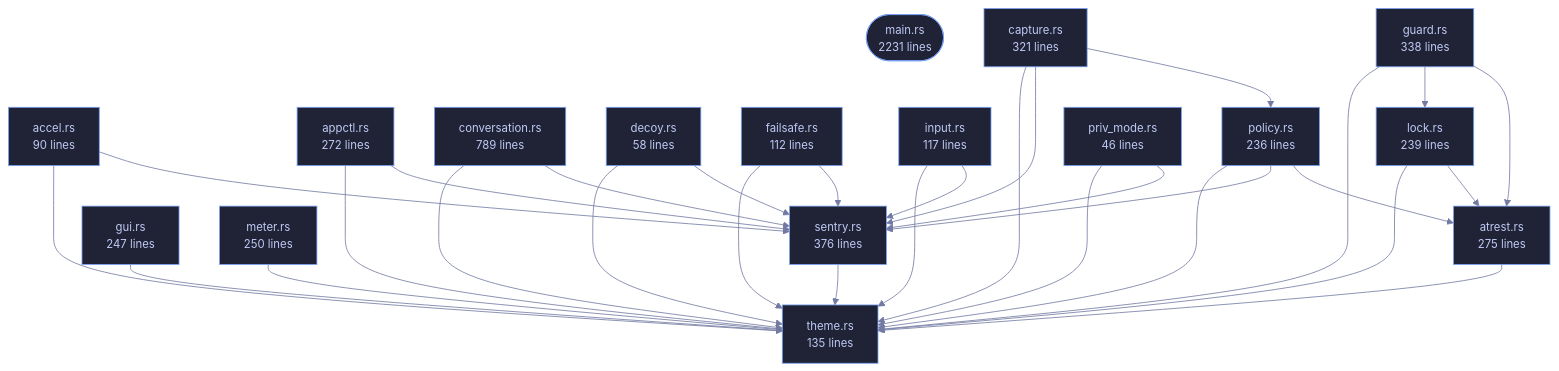
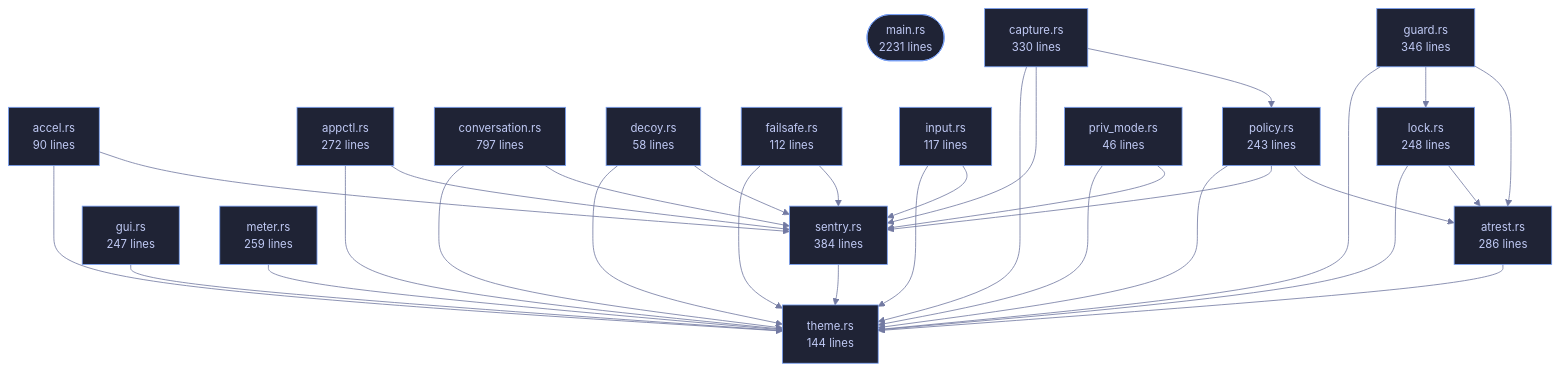
The diagram in crates/veilvoice-cli/README.md (tilas01/veilvoice), drawn with Mermaid before and after one commit. The commit also changed other lines of this file and 487 other files, not shown here.

````diff
--- a/crates/veilvoice-cli/README.md
+++ b/crates/veilvoice-cli/README.md
@@ -110,67 +110,67 @@
 ```mermaid
 %%{init: {"theme":"base","themeVariables":{"background":"#1a1b26","primaryColor":"#1f2335","primaryTextColor":"#c0caf5","primaryBorderColor":"#7aa2f7","secondaryColor":"#16161e","tertiaryColor":"#16161e","lineColor":"#737aa2","textColor":"#c0caf5","mainBkg":"#1f2335","nodeBorder":"#7aa2f7","clusterBkg":"#16161e","clusterBorder":"#2f3549","fontFamily":"ui-monospace, SFMono-Regular, Consolas, monospace","fontSize":"14px"}}}%%
 flowchart TD
     n_main(["main.rs<br/>2231 lines"])
     n_accel["accel.rs<br/>90 lines"]
     n_appctl["appctl.rs<br/>272 lines"]
-    n_atrest["atrest.rs<br/>275 lines"]
-    n_capture["capture.rs<br/>321 lines"]
-    n_conversation["conversation.rs<br/>789 lines"]
+    n_atrest["atrest.rs<br/>286 lines"]
+    n_capture["capture.rs<br/>330 lines"]
+    n_conversation["conversation.rs<br/>797 lines"]
     n_decoy["decoy.rs<br/>58 lines"]
     n_failsafe["failsafe.rs<br/>112 lines"]
-    n_guard["guard.rs<br/>338 lines"]
+    n_guard["guard.rs<br/>346 lines"]
     n_gui["gui.rs<br/>247 lines"]
     n_input["input.rs<br/>117 lines"]
-    n_lock["lock.rs<br/>239 lines"]
-    n_meter["meter.rs<br/>250 lines"]
-    n_policy["policy.rs<br/>236 lines"]
+    n_lock["lock.rs<br/>248 lines"]
+    n_meter["meter.rs<br/>259 lines"]
+    n_policy["policy.rs<br/>243 lines"]
     n_priv_mode["priv_mode.rs<br/>46 lines"]
-    n_sentry["sentry.rs<br/>376 lines"]
-    n_theme["theme.rs<br/>135 lines"]
+    n_sentry["sentry.rs<br/>384 lines"]
+    n_theme["theme.rs<br/>144 lines"]
     n_accel --> n_sentry
     n_accel --> n_theme
     n_appctl --> n_sentry
     n_appctl --> n_theme
     n_atrest --> n_theme
     n_capture --> n_policy
     n_capture --> n_sentry
     n_capture --> n_theme
     n_conversation --> n_sentry
     n_conversation --> n_theme
     n_decoy --> n_sentry
     n_decoy --> n_theme
     n_failsafe --> n_sentry
     n_failsafe --> n_theme
     n_guard --> n_atrest
     n_guard --> n_lock
     n_guard --> n_theme
     n_gui --> n_theme
     n_input --> n_sentry
     n_input --> n_theme
     n_lock --> n_atrest
     n_lock --> n_theme
     n_meter --> n_theme
     n_policy --> n_atrest
     n_policy --> n_sentry
     n_policy --> n_theme
     n_priv_mode --> n_sentry
     n_priv_mode --> n_theme
     n_sentry --> n_theme
     click n_main href "https://github.com/tilas01/veilvoice/blob/main/crates/veilvoice-cli/src/main.rs" "open the source"
     click n_accel href "https://github.com/tilas01/veilvoice/blob/main/crates/veilvoice-cli/src/accel.rs" "open the source"
     click n_appctl href "https://github.com/tilas01/veilvoice/blob/main/crates/veilvoice-cli/src/appctl.rs" "open the source"
     click n_atrest href "https://github.com/tilas01/veilvoice/blob/main/crates/veilvoice-cli/src/atrest.rs" "open the source"
     click n_capture href "https://github.com/tilas01/veilvoice/blob/main/crates/veilvoice-cli/src/capture.rs" "open the source"
     click n_conversation href "https://github.com/tilas01/veilvoice/blob/main/crates/veilvoice-cli/src/conversation.rs" "open the source"
     click n_decoy href "https://github.com/tilas01/veilvoice/blob/main/crates/veilvoice-cli/src/decoy.rs" "open the source"
     click n_failsafe href "https://github.com/tilas01/veilvoice/blob/main/crates/veilvoice-cli/src/failsafe.rs" "open the source"
     click n_guard href "https://github.com/tilas01/veilvoice/blob/main/crates/veilvoice-cli/src/guard.rs" "open the source"
     click n_gui href "https://github.com/tilas01/veilvoice/blob/main/crates/veilvoice-cli/src/gui.rs" "open the source"
     click n_input href "https://github.com/tilas01/veilvoice/blob/main/crates/veilvoice-cli/src/input.rs" "open the source"
     click n_lock href "https://github.com/tilas01/veilvoice/blob/main/crates/veilvoice-cli/src/lock.rs" "open the source"
     click n_meter href "https://github.com/tilas01/veilvoice/blob/main/crates/veilvoice-cli/src/meter.rs" "open the source"
     click n_policy href "https://github.com/tilas01/veilvoice/blob/main/crates/veilvoice-cli/src/policy.rs" "open the source"
     click n_priv_mode href "https://github.com/tilas01/veilvoice/blob/main/crates/veilvoice-cli/src/priv_mode.rs" "open the source"
     click n_sentry href "https://github.com/tilas01/veilvoice/blob/main/crates/veilvoice-cli/src/sentry.rs" "open the source"
     click n_theme href "https://github.com/tilas01/veilvoice/blob/main/crates/veilvoice-cli/src/theme.rs" "open the source"
 ```
````
